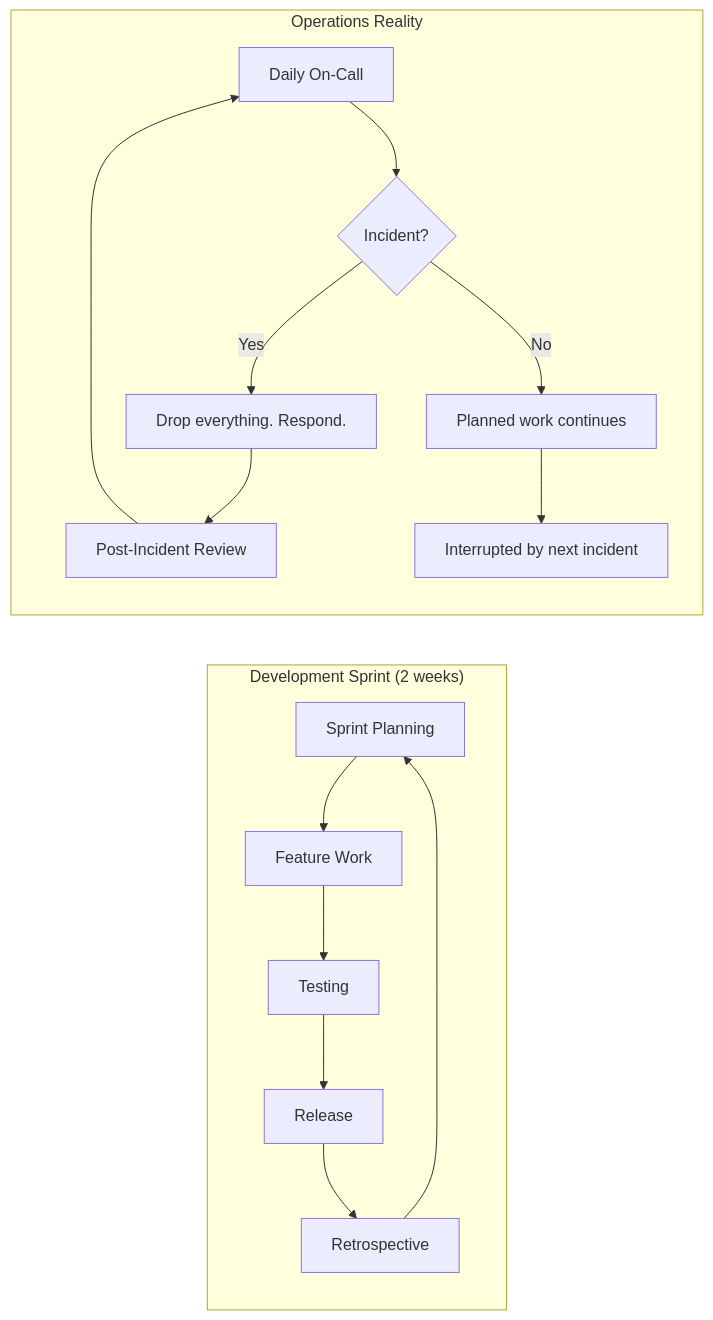
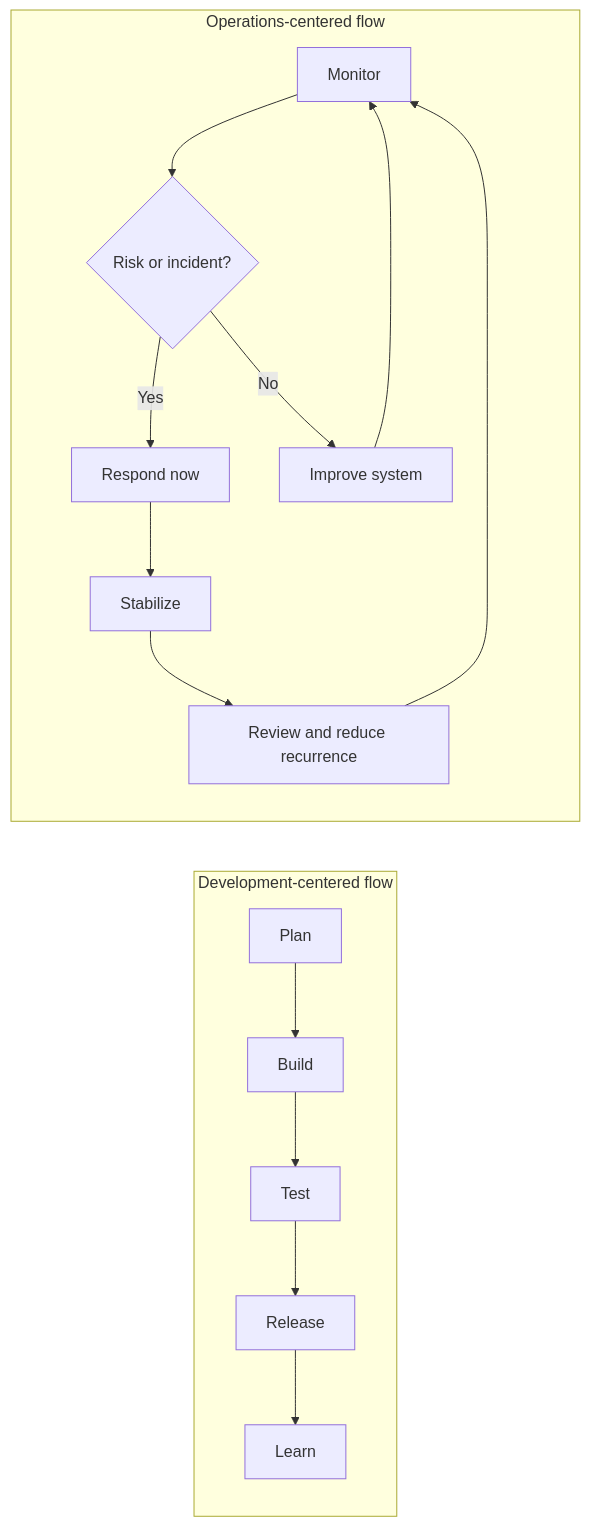
The diagram in content/docs/chapter-01-challenge.md (g3rhard/sysops-framework), drawn with Mermaid before and after one commit. The commit also changed other lines of this file, not shown here.

````diff
--- a/content/docs/chapter-01-challenge.md
+++ b/content/docs/chapter-01-challenge.md
@@ -149,19 +134,19 @@
 ```mermaid
 flowchart LR
-    subgraph dev["Development Sprint (2 weeks)"]
-        A[Sprint Planning] --> B[Feature Work]
-        B --> C[Testing]
+    subgraph dev["Development-centered flow"]
+        A[Plan] --> B[Build]
+        B --> C[Test]
         C --> D[Release]
-        D --> E[Retrospective]
-        E --> A
+        D --> E[Learn]
     end
 
-    subgraph ops["Operations Reality"]
-        F[Daily On-Call] --> G{Incident?}
-        G -->|Yes| H[Drop everything. Respond.]
-        G -->|No| I[Planned work continues]
-        H --> J[Post-Incident Review]
-        J --> F
-        I --> K[Interrupted by next incident]
+    subgraph ops["Operations-centered flow"]
+        F[Monitor] --> G{Risk or incident?}
+        G -->|Yes| H[Respond now]
+        G -->|No| I[Improve system]
+        H --> J[Stabilize]
+        J --> K[Review and reduce recurrence]
+        K --> F
+        I --> F
     end
 ```
````
